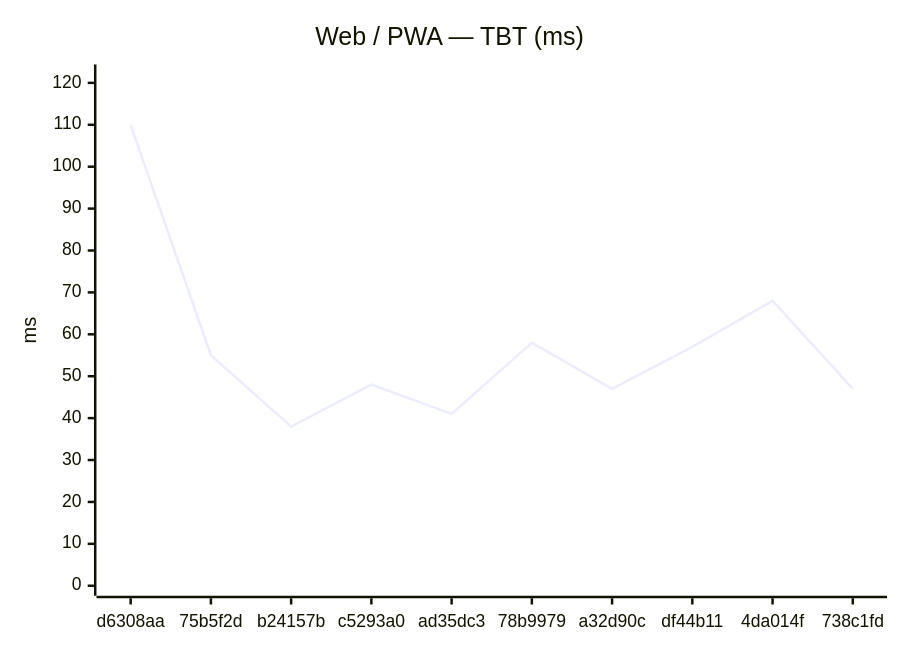
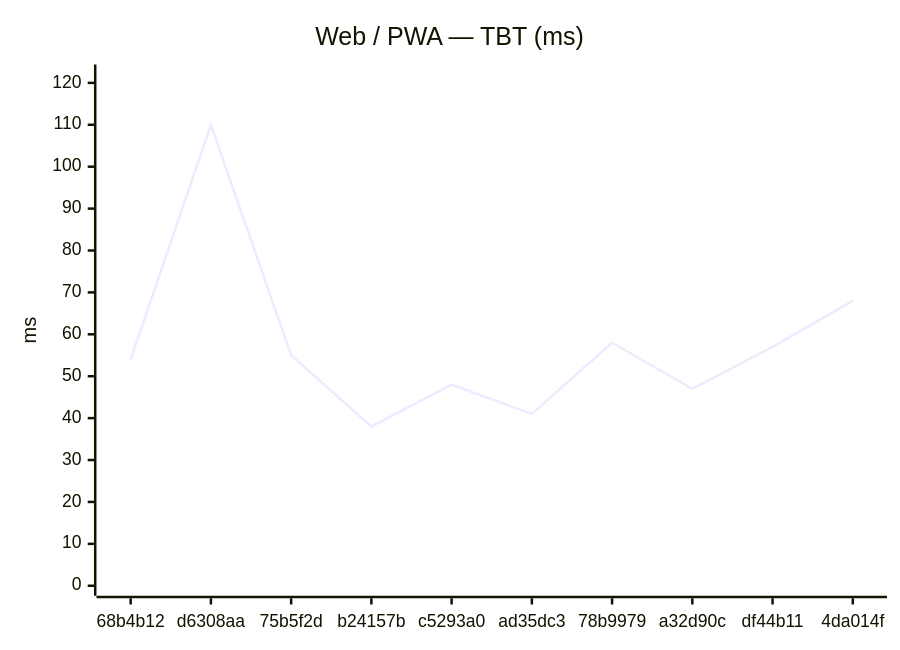
Before and after one commit to Metaheurist/Rianell: the second of 24 diagrams in benchmarks/compare.md, drawn with Mermaid. The commit also changed other lines of this file and 14 other files, not shown here.

````diff
--- a/benchmarks/compare.md
+++ b/benchmarks/compare.md
@@ -31,7 +31,7 @@
 ```mermaid
 xychart-beta
     title "Web / PWA — TBT (ms)"
-    x-axis ["d6308aa", "75b5f2d", "b24157b", "c5293a0", "ad35dc3", "78b9979", "a32d90c", "df44b11", "4da014f", "738c1fd"]
+    x-axis ["68b4b12", "d6308aa", "75b5f2d", "b24157b", "c5293a0", "ad35dc3", "78b9979", "a32d90c", "df44b11", "4da014f"]
     y-axis "ms" 0 --> 122
-    line [110, 55, 38, 48, 41, 58, 47, 57, 68, 47]
+    line [54, 110, 55, 38, 48, 41, 58, 47, 57, 68]
 ```
````
